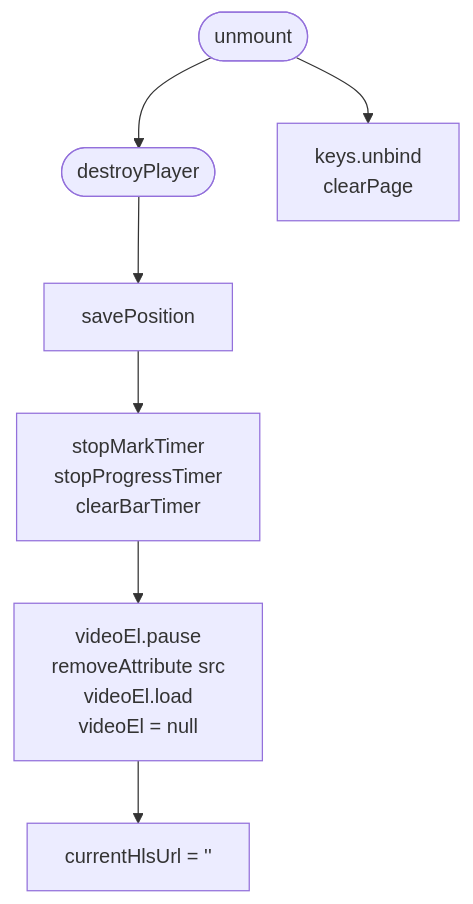
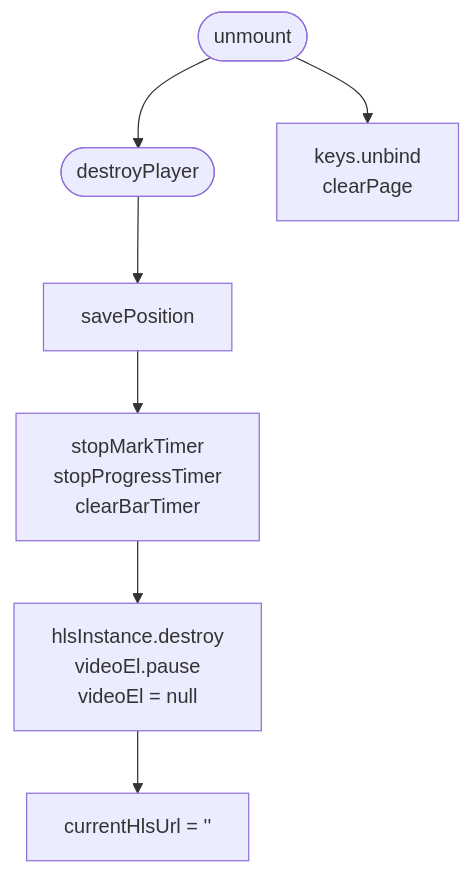
Before and after one commit to stdray/yobapub: the eighth of 8 diagrams in doc/player-flow.md, drawn with Mermaid. The commit also changed other lines of this file, not shown here.

Commit message:
docs: update player-flow.md for PlayState + continuePlaying architecture

````diff
--- a/doc/player-flow.md
+++ b/doc/player-flow.md
@@ -101,10 +149,10 @@
 ```mermaid
 flowchart TD
     A([destroyPlayer]) --> B[savePosition]
     B --> C[stopMarkTimer\nstopProgressTimer\nclearBarTimer]
-    C --> D[videoEl.pause\nremoveAttribute src\nvideoEl.load\nvideoEl = null]
-    D --> E[currentHlsUrl = '']
+    C --> D["hlsInstance.destroy\nvideoEl.pause\nvideoEl = null"]
+    D --> E["currentHlsUrl = ''"]
 
     F([unmount]) --> A
     F --> G[keys.unbind\nclearPage]
 ```
````
